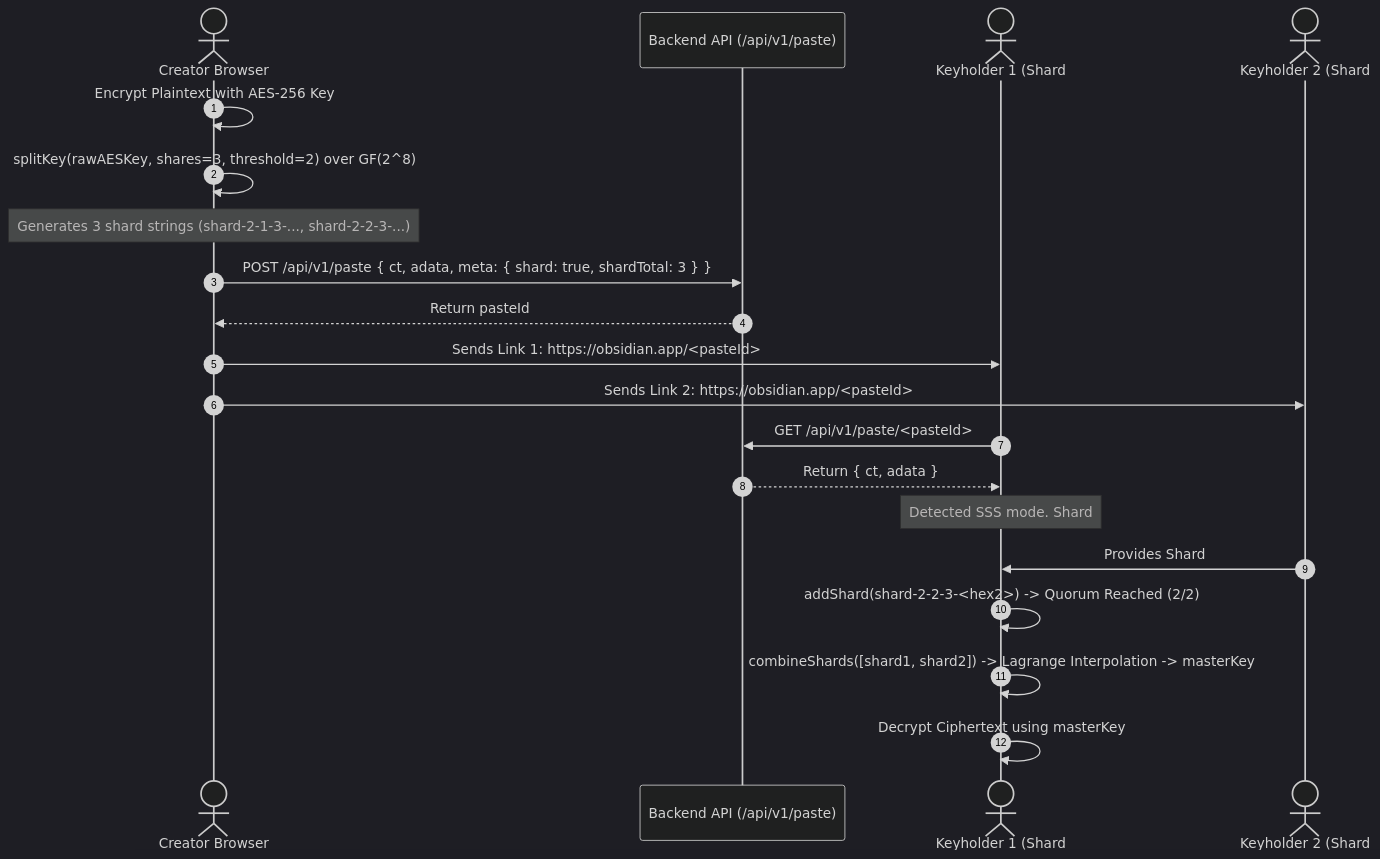
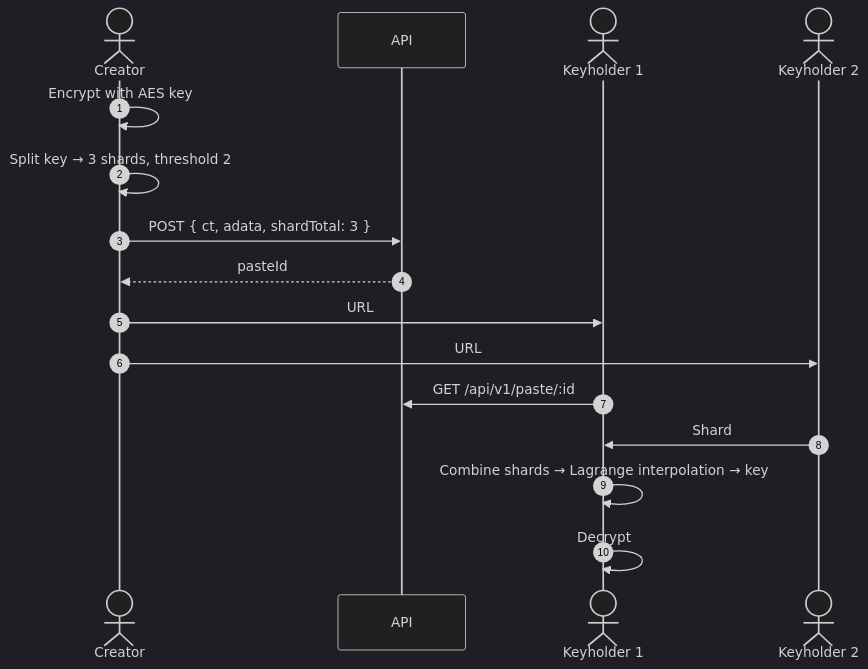
Before and after one commit to OjasKugore/Obsidian: the third of 4 diagrams in README.md, drawn with Mermaid (dark theme). The commit also changed other lines of this file, not shown here.

````diff
--- a/README.md
+++ b/README.md
@@ -261,23 +63,19 @@
 ```mermaid
 sequenceDiagram
     autonumber
-    actor Creator as Creator Browser
-    participant API as Backend API (/api/v1/paste)
-    actor Holder1 as Keyholder 1 (Shard #1)
-    actor Holder2 as Keyholder 2 (Shard #2)
+    actor Creator
+    participant API
+    actor Holder1 as Keyholder 1
+    actor Holder2 as Keyholder 2
 
-    Creator->>Creator: Encrypt Plaintext with AES-256 Key
-    Creator->>Creator: splitKey(rawAESKey, shares=3, threshold=2) over GF(2^8)
-    Note over Creator: Generates 3 shard strings (shard-2-1-3-..., shard-2-2-3-...)
-    Creator->>API: POST /api/v1/paste { ct, adata, meta: { shard: true, shardTotal: 3 } }
-    API-->>Creator: Return pasteId
-    Creator->>Holder1: Sends Link 1: https://obsidian.app/<pasteId>#shard-2-1-3-<hex1>
-    Creator->>Holder2: Sends Link 2: https://obsidian.app/<pasteId>#shard-2-2-3-<hex2>
-    Holder1->>API: GET /api/v1/paste/<pasteId>
-    API-->>Holder1: Return { ct, adata }
-    Note over Holder1: Detected SSS mode. Shard #1 loaded (1/2 required). Quorum needed.
-    Holder2->>Holder1: Provides Shard #2 string
-    Holder1->>Holder1: addShard(shard-2-2-3-<hex2>) -> Quorum Reached (2/2)
-    Holder1->>Holder1: combineShards([shard1, shard2]) -> Lagrange Interpolation -> masterKey
-    Holder1->>Holder1: Decrypt Ciphertext using masterKey
+    Creator->>Creator: Encrypt with AES key
+    Creator->>Creator: Split key → 3 shards, threshold 2
+    Creator->>API: POST { ct, adata, shardTotal: 3 }
+    API-->>Creator: pasteId
+    Creator->>Holder1: URL#shard-2-1-3-...
+    Creator->>Holder2: URL#shard-2-2-3-...
+    Holder1->>API: GET /api/v1/paste/:id
+    Holder2->>Holder1: Shard #2
+    Holder1->>Holder1: Combine shards → Lagrange interpolation → key
+    Holder1->>Holder1: Decrypt
 ```
````
